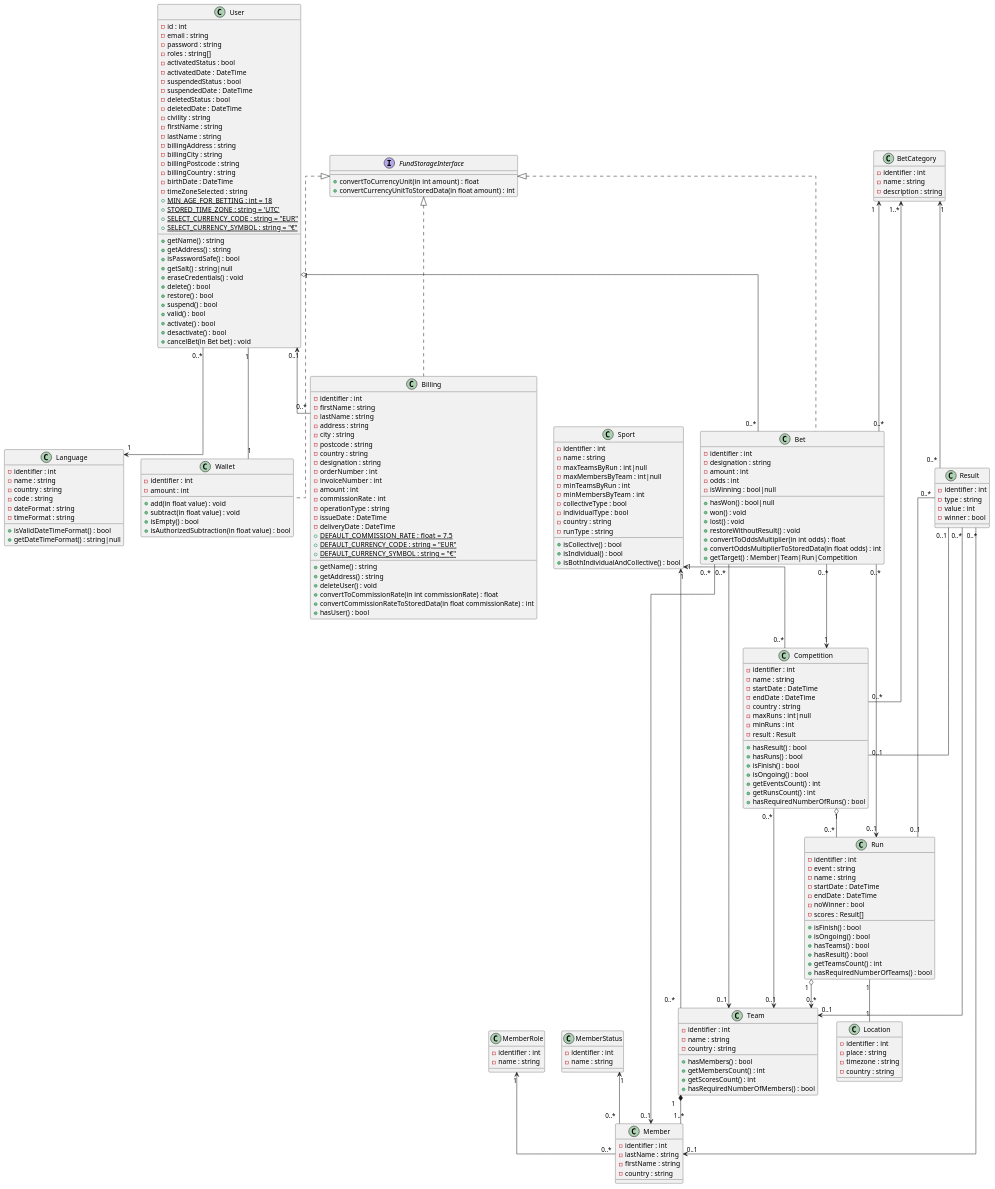
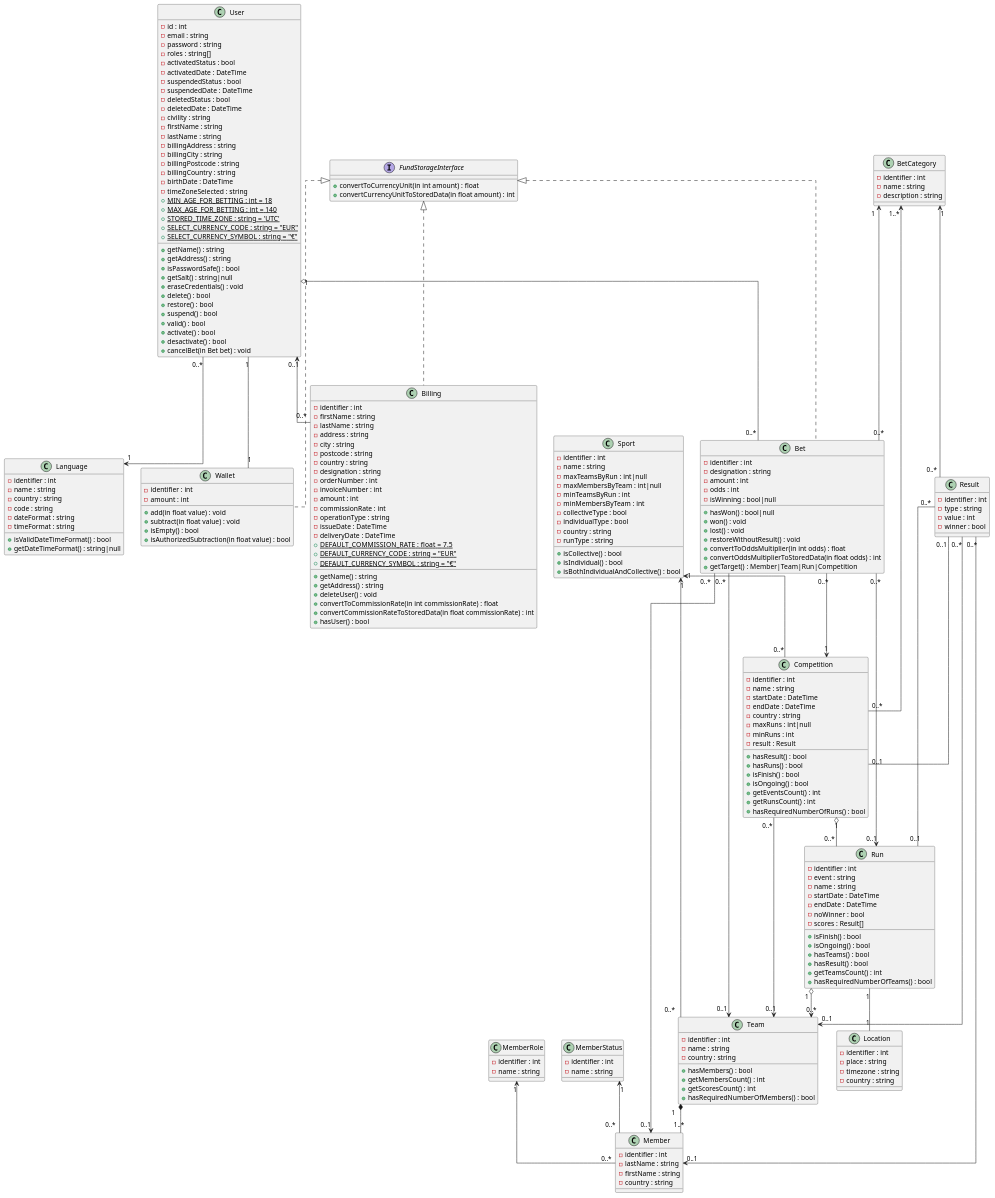
The diagram in docs/Uml/Diagramme_de_classe/Diagramme_de_classe.puml (OFP-CDA-Mulhouse-2020/parisportif5), drawn with PlantUML before and after one commit. The commit also changed 12 other files, not shown here.

```diff
--- a/docs/Uml/Diagramme_de_classe/Diagramme_de_classe.puml
+++ b/docs/Uml/Diagramme_de_classe/Diagramme_de_classe.puml
@@ -96,6 +96,7 @@
         -birthDate : DateTime
         -timeZoneSelected : string
         +{static} MIN_AGE_FOR_BETTING : int = 18
+        +{static} MAX_AGE_FOR_BETTING : int = 140
         +{static} STORED_TIME_ZONE : string = 'UTC'
         +{static} SELECT_CURRENCY_CODE : string = "EUR"
         +{static} SELECT_CURRENCY_SYMBOL : string = "€"
```
